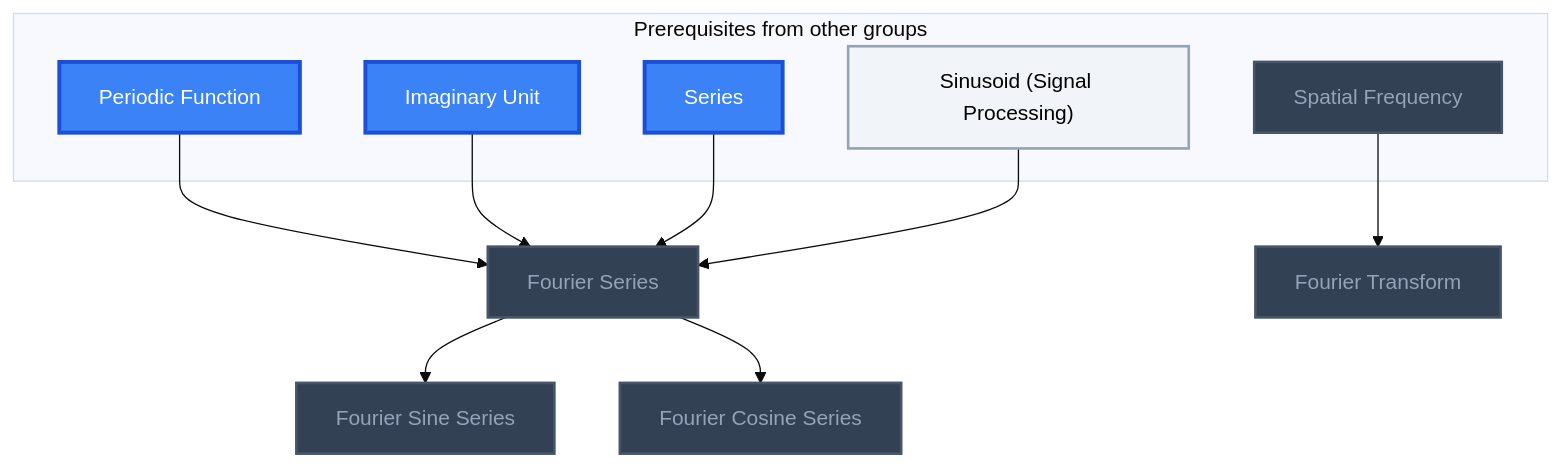
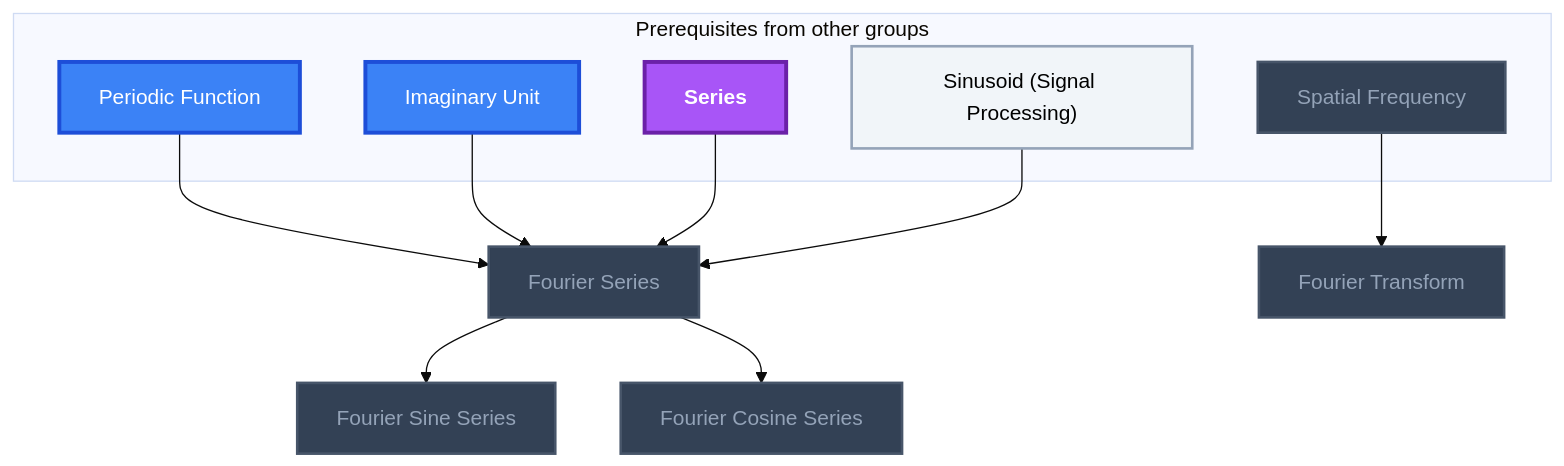
Before and after one commit to MRauf1/My-Notes: diagram 22 of 22 in Gamification/Skill Trees/Real Analysis.md, drawn with Mermaid (base theme). The commit also changed other lines of this file and 73 other files, not shown here.

````diff
--- a/Gamification/Skill Trees/Real Analysis.md
+++ b/Gamification/Skill Trees/Real Analysis.md
@@ -1547,34 +1551,35 @@
 ```mermaid
 flowchart TD
     classDef planned fill:#1E293B,stroke:#64748B,stroke-width:2px,stroke-dasharray:5 5,color:#94A3B8;
     classDef locked fill:#334155,stroke:#475569,stroke-width:2px,color:#94A3B8;
     classDef L0 fill:#F1F5F9,stroke:#94A3B8,stroke-width:2px,color:#000000;
     classDef L1 fill:#22C55E,stroke:#15803D,stroke-width:2px,color:#000000;
     classDef L2 fill:#3B82F6,stroke:#1D4ED8,stroke-width:3px,color:#FFFFFF;
     classDef L3 fill:#A855F7,stroke:#6B21A8,stroke-width:3px,color:#FFFFFF,font-weight:bold;
     classDef L4 fill:#F97316,stroke:#C2410C,stroke-width:4px,color:#000000,font-weight:bold;
     classDef L5 fill:#FFD700,stroke:#FF8C00,stroke-width:5px,color:#000000,font-weight:bold;
     classDef rusty stroke:#8B4513,stroke-width:4px,stroke-dasharray:3 3;
     subgraph sg_prereqs["Prerequisites from other groups"]
         n_periodic_function["Periodic Function"]
         n_imaginary_unit["Imaginary Unit"]
         n_series["Series"]
         n_sinusoid_signal_processing["Sinusoid (Signal Processing)"]
         n_spatial_frequency["Spatial Frequency"]
     end
     n_fourier_series["Fourier Series"]
     n_fourier_sine_series["Fourier Sine Series"]
     n_fourier_cosine_series["Fourier Cosine Series"]
     n_fourier_transform["Fourier Transform"]
     n_periodic_function --> n_fourier_series
     n_imaginary_unit --> n_fourier_series
     n_series --> n_fourier_series
     n_sinusoid_signal_processing --> n_fourier_series
     n_fourier_series --> n_fourier_sine_series
     n_fourier_series --> n_fourier_cosine_series
     n_spatial_frequency --> n_fourier_transform
     class n_spatial_frequency,n_fourier_series,n_fourier_sine_series,n_fourier_cosine_series,n_fourier_transform locked;
     class n_sinusoid_signal_processing L0;
-    class n_periodic_function,n_imaginary_unit,n_series L2;
+    class n_periodic_function,n_imaginary_unit L2;
+    class n_series L3;
     class n_periodic_function,n_imaginary_unit,n_series,n_sinusoid_signal_processing,n_spatial_frequency,n_fourier_series,n_fourier_sine_series,n_fourier_cosine_series,n_fourier_transform internal-link;
 ```
````
